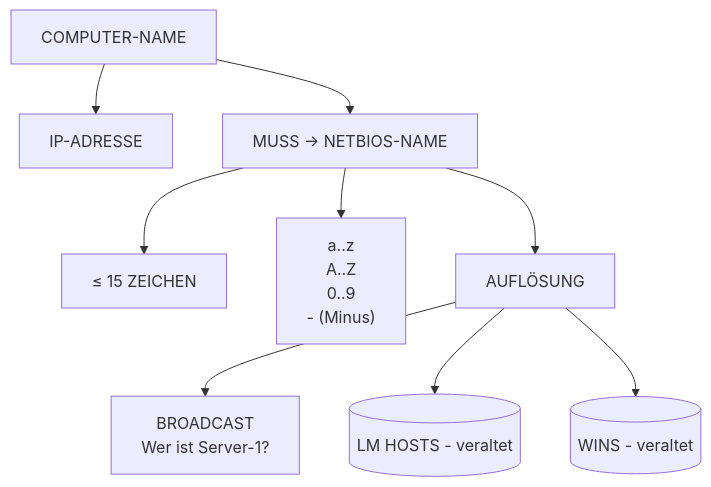
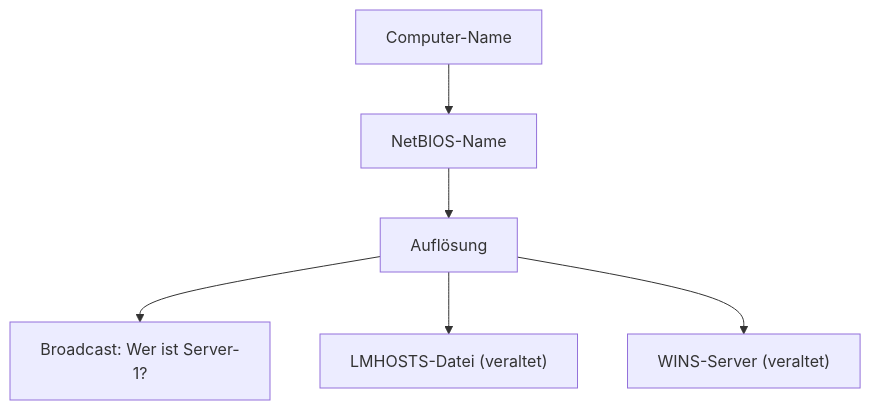
The third of 4 diagrams in NT/TRE/03-12-2025_NT_TRE.md (seanconroy-dev/FIAE_Umschulung_Notes), drawn with Mermaid before and after one commit. The commit also changed other lines of this file, not shown here.

````diff
--- a/NT/TRE/03-12-2025_NT_TRE.md
+++ b/NT/TRE/03-12-2025_NT_TRE.md
@@ -50,15 +112,8 @@
 ```mermaid
 flowchart TD
-    A[COMPUTER-NAME] --> B[IP-ADRESSE]
-
-    A --> C[MUSS → NETBIOS-NAME]
-
-    C --> D[≤ 15 ZEICHEN]
-    C --> E["a..z<br/>A..Z<br/>0..9<br/>- (Minus)"]
-
-    C --> F[AUFLÖSUNG]
-
-    F --> G[BROADCAST<br/>Wer ist Server-1?]
-    F --> H[("LM HOSTS - veraltet")]
-    F --> I[("WINS - veraltet")]
+    A[Computer-Name] --> B[NetBIOS-Name]
+    B --> C[Auflösung]
+    C --> D[Broadcast: Wer ist Server-1?]
+    C --> E["LMHOSTS-Datei (veraltet)"]
+    C --> F["WINS-Server (veraltet)"]
 ```
````
